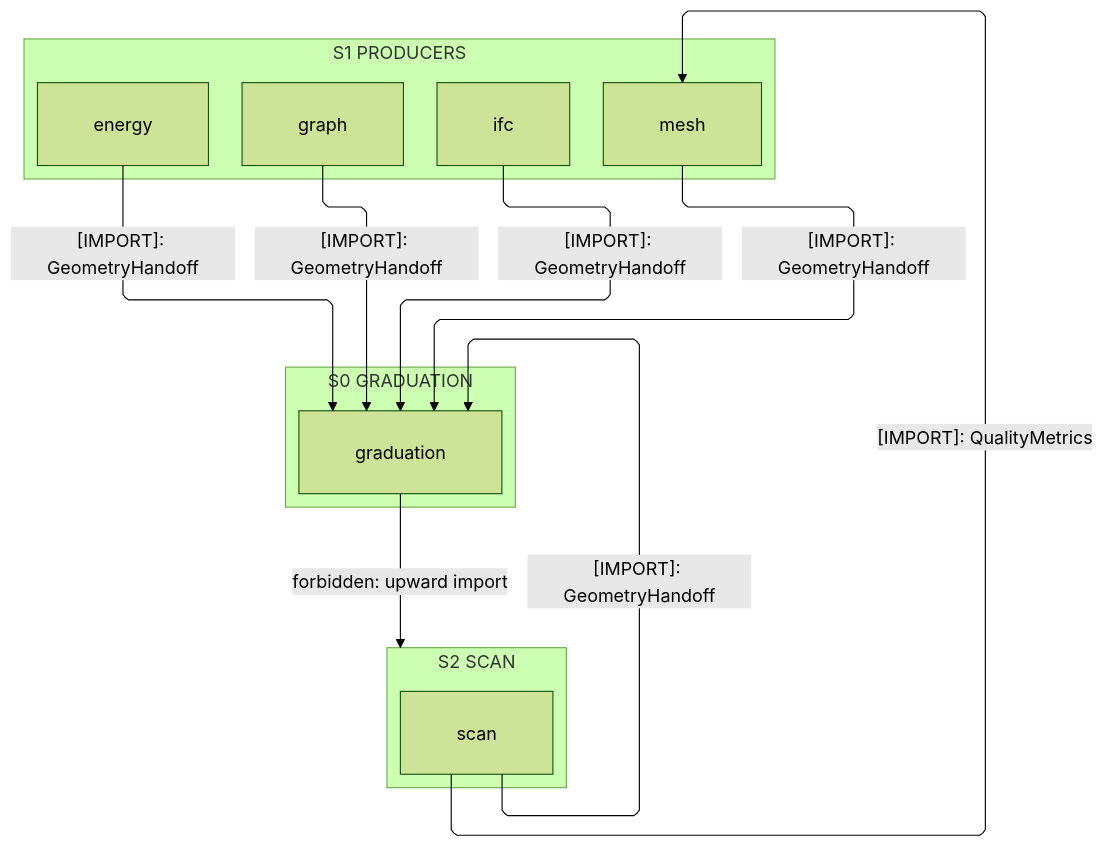
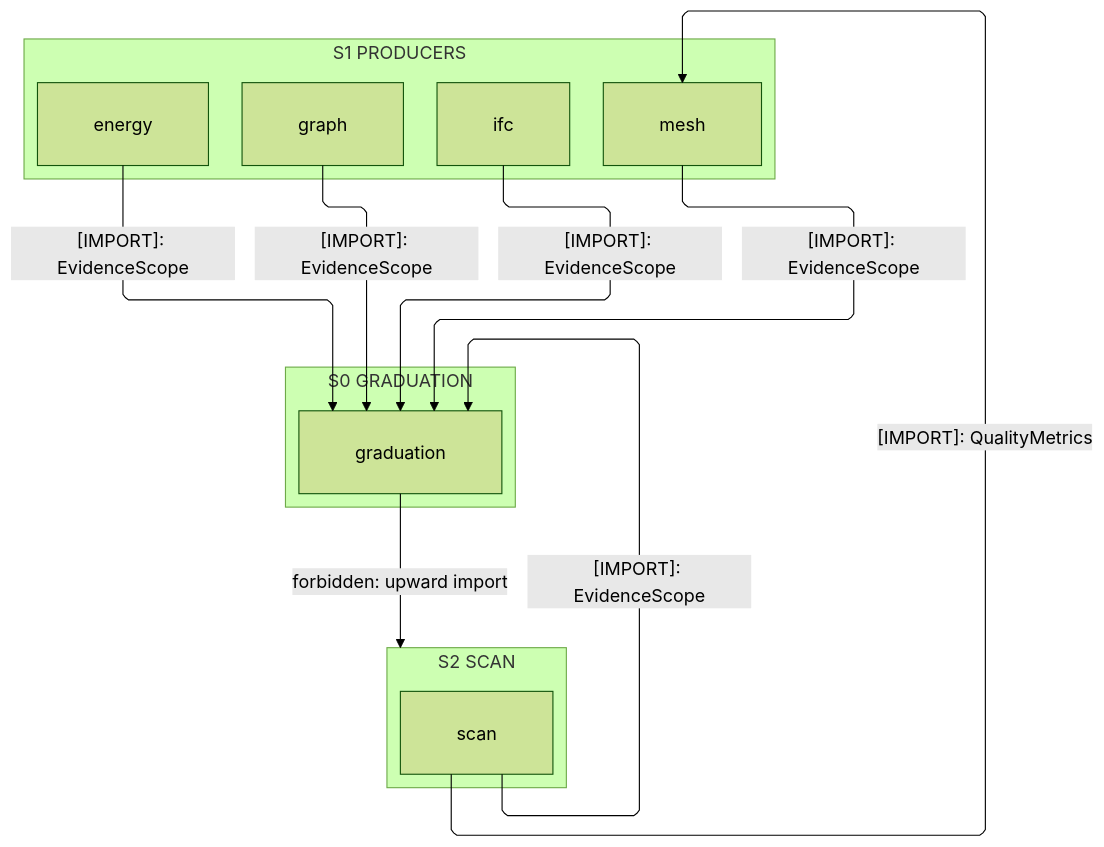
One commit to bsamiee/Rasm changed the first of 4 diagrams in libs/python/geometry/ARCHITECTURE.md. Above: the diagram before and after it, drawn with Mermaid (forest theme). The commit also changed other lines of this file and 1417 other files, not shown here.

````diff
--- a/libs/python/geometry/ARCHITECTURE.md
+++ b/libs/python/geometry/ARCHITECTURE.md
@@ -45,31 +45,31 @@
 ```mermaid
 ---
 config:
   layout: elk
   flowchart:
     curve: linear
     padding: 25
 ---
 flowchart TB
     accTitle: Geometry interior import strata
     accDescr: Import strata from scan down to the graduation foundation, each labeled edge naming one sourced type.
     subgraph S2["S2 SCAN"]
         Scan[scan]
     end
     subgraph S1["S1 PRODUCERS"]
         Mesh[mesh]
         Ifc[ifc]
         Graph[graph]
         Energy[energy]
     end
     subgraph S0["S0 GRADUATION"]
         Graduation[graduation]
     end
     Scan e1@-->|"[IMPORT]: QualityMetrics"| Mesh
-    Scan e2@-->|"[IMPORT]: GeometryHandoff"| Graduation
-    Mesh e3@-->|"[IMPORT]: GeometryHandoff"| Graduation
-    Ifc e4@-->|"[IMPORT]: GeometryHandoff"| Graduation
-    Graph e5@-->|"[IMPORT]: GeometryHandoff"| Graduation
-    Energy e6@-->|"[IMPORT]: GeometryHandoff"| Graduation
+    Scan e2@-->|"[IMPORT]: EvidenceScope"| Graduation
+    Mesh e3@-->|"[IMPORT]: EvidenceScope"| Graduation
+    Ifc e4@-->|"[IMPORT]: EvidenceScope"| Graduation
+    Graph e5@-->|"[IMPORT]: EvidenceScope"| Graduation
+    Energy e6@-->|"[IMPORT]: EvidenceScope"| Graduation
     Graduation f1@-->|"forbidden: upward import"| S2
 ```
````
